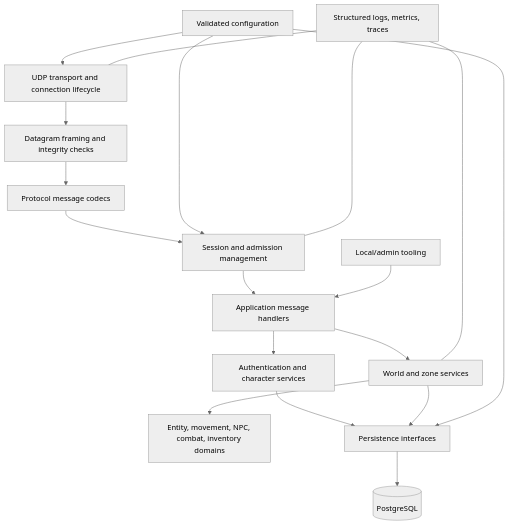
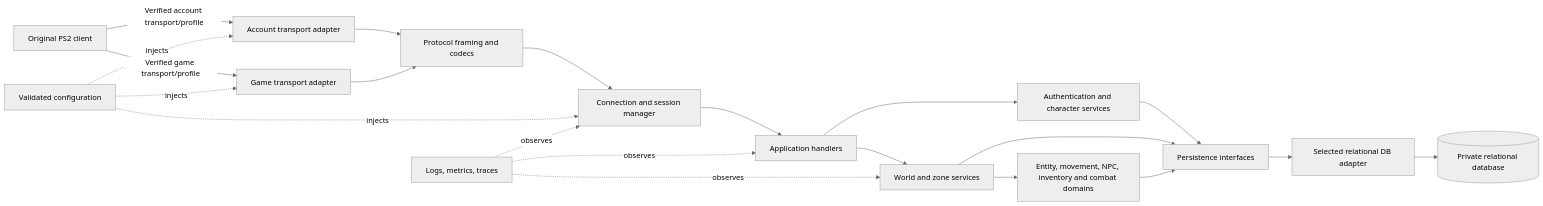
One commit to Ben-Breen/EQOA_Nighthaven_Server changed the first of 2 diagrams in docs/architecture.md. Above: the diagram before and after it, drawn with Mermaid (neutral theme). The commit also changed other lines of this file, not shown here.

Commit message:
forgot to add a document namely architecture.md

````diff
--- a/docs/architecture.md
+++ b/docs/architecture.md
@@ -18,20 +33,23 @@
 ```mermaid
-flowchart TD
-  Net[UDP transport and connection lifecycle] --> Frame[Datagram framing and integrity checks]
-  Frame --> Codec[Protocol message codecs]
-  Codec --> Session[Session and admission management]
-  Session --> App[Application message handlers]
+flowchart LR
+  Client[Original PS2 client] -->|Verified account transport/profile| AccountIngress[Account transport adapter]
+  Client -->|Verified game transport/profile| GameIngress[Game transport adapter]
+  AccountIngress --> Wire[Protocol framing and codecs]
+  GameIngress --> Wire
+  Wire --> Sessions[Connection and session manager]
+  Sessions --> App[Application handlers]
   App --> Auth[Authentication and character services]
   App --> World[World and zone services]
-  World --> Entity[Entity, movement, NPC, combat, inventory domains]
-  Auth --> Store[Persistence interfaces]
-  World --> Store
-  Store --> DB[(PostgreSQL)]
-  Config[Validated configuration] --> Net
-  Config --> Session
-  Config --> Store
-  Obs[Structured logs, metrics, traces] --- Net
-  Obs --- Session
-  Obs --- World
-  Admin[Local/admin tooling] --> App
+  World --> Domain[Entity, movement, NPC, inventory and combat domains]
+  Auth --> Ports[Persistence interfaces]
+  World --> Ports
+  Domain --> Ports
+  Ports --> DbAdapter[Selected relational DB adapter]
+  DbAdapter --> DB[(Private relational database)]
+  Config[Validated configuration] -. injects .-> AccountIngress
+  Config -. injects .-> GameIngress
+  Config -. injects .-> Sessions
+  Telemetry[Logs, metrics, traces] -. observes .-> Sessions
+  Telemetry -. observes .-> App
+  Telemetry -. observes .-> World
 ```
````
